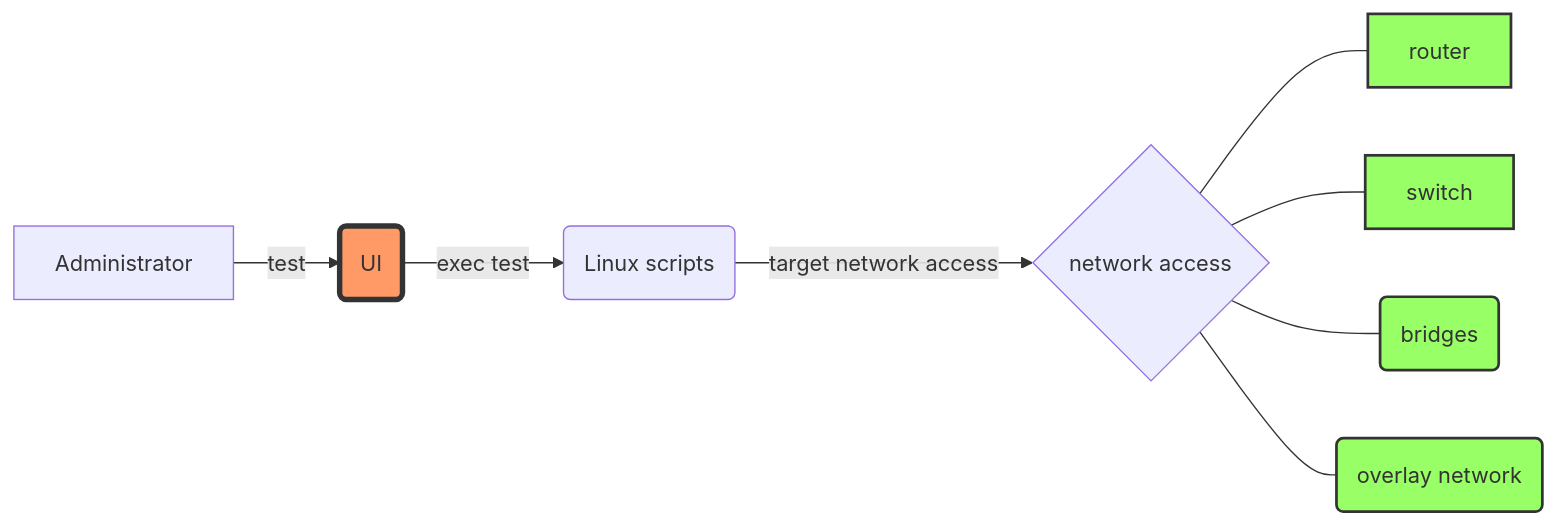
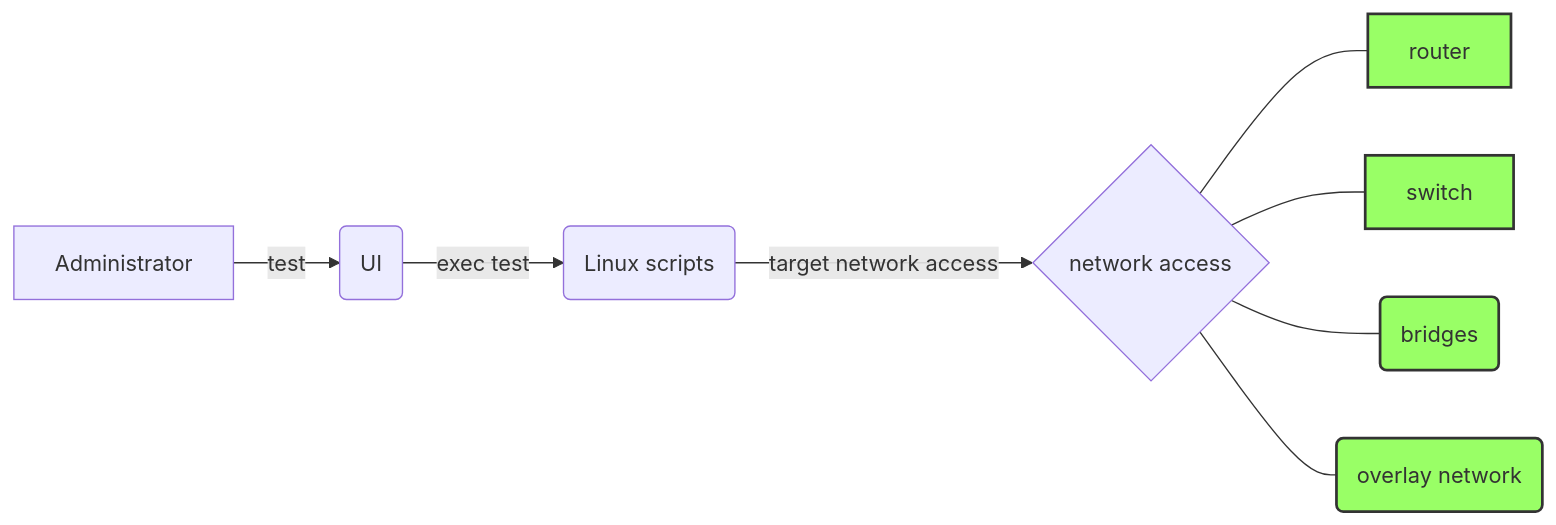
The diagram in README.md (abelhoula/QoStrouble), drawn with Mermaid before and after one commit.

````diff
--- a/README.md
+++ b/README.md
@@ -21,22 +21,21 @@
 ```mermaid
 graph LR
 A[Administrator]
 B(UI)
 C(Linux scripts)
 D{network access}
 c1[router]
 c2[switch]
 c3(bridges)
 c4(overlay network)
 A --test--> B
 B --exec test--> C
 C --target network access-->D
 D --- c1
 D --- c2
 D --- c3
 D --- c4
 classDef green fill:#9f6,stroke:#333,stroke-width:2px;
 classDef orange fill:#f96,stroke:#333,stroke-width:4px;
 class c1,c2,c3,c4 green
-class B,F,I orange
 ```
````
